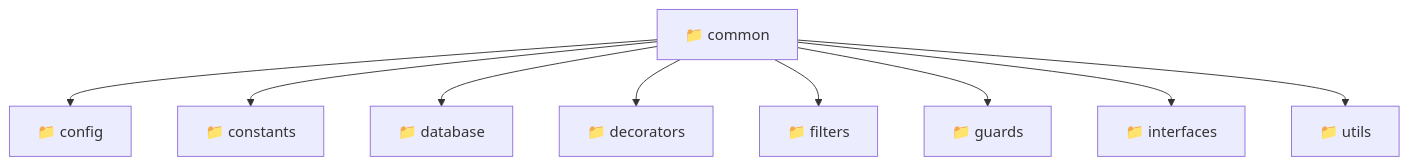
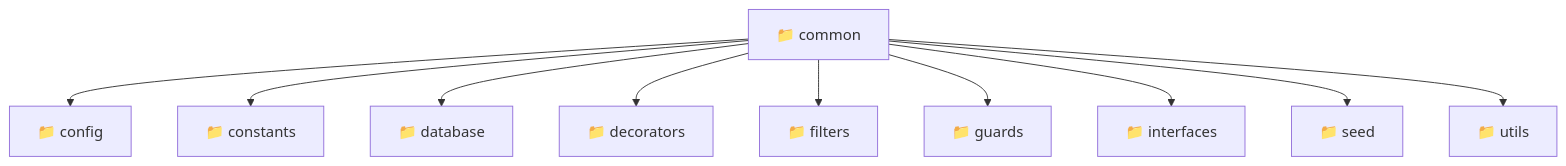
The diagram in backend/src/common/README.md (beginwebdev2002/fullstack-mavluda), drawn with Mermaid before and after one commit. The commit also changed other lines of this file and 164 other files, not shown here.

First line of the commit message:
docs: generate comprehensive architectural READMEs recursively

````diff
--- a/backend/src/common/README.md
+++ b/backend/src/common/README.md
@@ -9,12 +9,13 @@
 ```mermaid
 graph TD
-  Root["📁 common"]
-  Root --> config["📁 config"]
-  Root --> constants["📁 constants"]
-  Root --> database["📁 database"]
-  Root --> decorators["📁 decorators"]
-  Root --> filters["📁 filters"]
-  Root --> guards["📁 guards"]
-  Root --> interfaces["📁 interfaces"]
-  Root --> utils["📁 utils"]
+  Root_common["📁 common"]
+  Root_common --> d_config["📁 config"]
+  Root_common --> d_constants["📁 constants"]
+  Root_common --> d_database["📁 database"]
+  Root_common --> d_decorators["📁 decorators"]
+  Root_common --> d_filters["📁 filters"]
+  Root_common --> d_guards["📁 guards"]
+  Root_common --> d_interfaces["📁 interfaces"]
+  Root_common --> d_seed["📁 seed"]
+  Root_common --> d_utils["📁 utils"]
 ```
````
